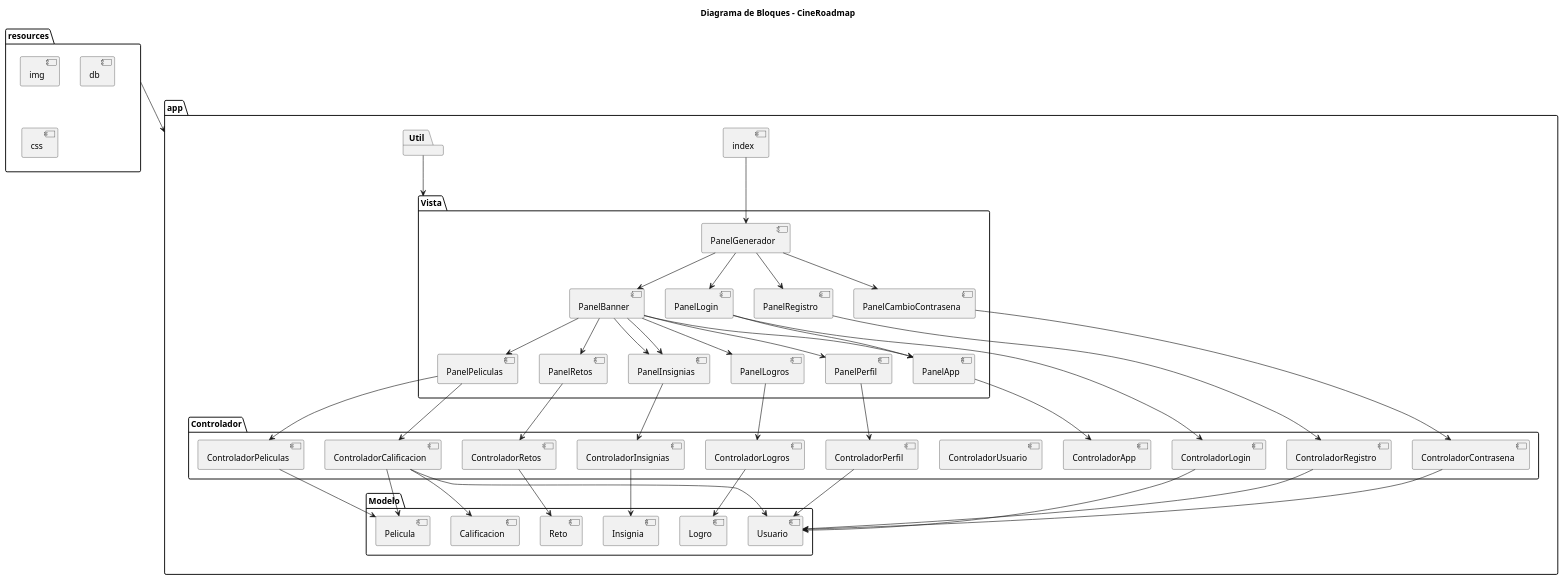
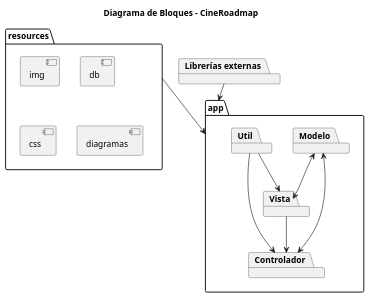
The diagram in src/main/resources/diagramas/esquemas/DiagramaBloques.puml (Perales33/Proyecto_Ingenieria_CineRoadmap), drawn with PlantUML before and after one commit. The commit also changed 3 other files, not shown here.

Commit message:
Cambios diagramas

```diff
--- a/src/main/resources/diagramas/esquemas/DiagramaBloques.puml
+++ b/src/main/resources/diagramas/esquemas/DiagramaBloques.puml
@@ -1,99 +1,37 @@
 @startuml
 title Diagrama de Bloques - CineRoadmap
 
 package "resources" {
     [img]
     [db]
     [css]
+    [diagramas]
 }
 
 package "app"{
     package "Vista" {
-        [PanelGenerador]
-        [PanelLogin]
-        [PanelRegistro]
-        [PanelCambioContrasena]
-        [PanelApp]
-        [PanelPeliculas]
-        [PanelPerfil]
-        [PanelBanner]
-        [PanelRetos]
-        [PanelInsignias]
-        [PanelLogros]
     }
 
     package "Controlador" {
-        [ControladorLogin]
-        [ControladorRegistro]
-        [ControladorContrasena]
-        [ControladorApp]
-        [ControladorUsuario]
-        [ControladorPeliculas]
-        [ControladorPerfil]
-        [ControladorCalificacion]
-        [ControladorRetos]
-        [ControladorInsignias]
-        [ControladorLogros]
     }
 
     package "Modelo" {
-        [Usuario]
-        [Pelicula]
-        [Calificacion]
-        [Insignia]
-        [Reto]
-        [Logro]
     }
 
     package "Util" {
 
     }
-    [index]
 }
+
+package "Librerías externas"
 
 
 ' Relaciones principales]
 [resources] --> [app]
-
-[index] --> [PanelGenerador]
-
-[PanelGenerador] --> [PanelLogin]
-[PanelGenerador] --> [PanelRegistro]
-[PanelGenerador] --> [PanelCambioContrasena]
-[PanelGenerador] --> [PanelBanner]
-
-[PanelLogin] --> [PanelApp]
-[PanelLogin] --> [ControladorLogin]
-[PanelRegistro] --> [ControladorRegistro]
-[PanelCambioContrasena] --> [ControladorContrasena]
-[PanelApp] --> [ControladorApp]
-[PanelPeliculas] --> [ControladorPeliculas]
-[PanelPerfil] --> [ControladorPerfil]
-[PanelPeliculas] --> [ControladorCalificacion]
-[PanelRetos] --> [ControladorRetos]
-[PanelInsignias] --> [ControladorInsignias]
-[PanelLogros] --> [ControladorLogros]
-
-[PanelBanner] --> [PanelApp]
-[PanelBanner] --> [PanelPerfil]
-[PanelBanner] --> [PanelPeliculas]
-[PanelBanner] --> [PanelInsignias]
-[PanelBanner] --> [PanelRetos]
-[PanelBanner] --> [PanelInsignias]
-[PanelBanner] --> [PanelLogros]
-
-[ControladorLogin] --> [Usuario]
-[ControladorRegistro] --> [Usuario]
-[ControladorContrasena] --> [Usuario]
-[ControladorPeliculas] --> [Pelicula]
-[ControladorPerfil] --> [Usuario]
-[ControladorCalificacion] --> [Usuario]
-[ControladorCalificacion] --> [Calificacion]
-[ControladorCalificacion] --> [Pelicula]
-[ControladorInsignias] --> [Insignia]
-[ControladorRetos] --> [Reto]
-[ControladorLogros] --> [Logro]
-
 [Util] --> [Vista]
-
+[Util] --> [Controlador]
+[Modelo] <--> [Vista]
+[Modelo] <--> [Controlador]
+[Vista] --> [Controlador]
+[Librerías externas] --> [app]
 @enduml
```
